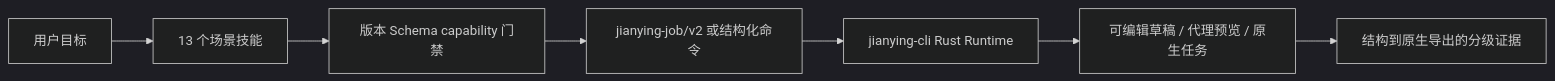
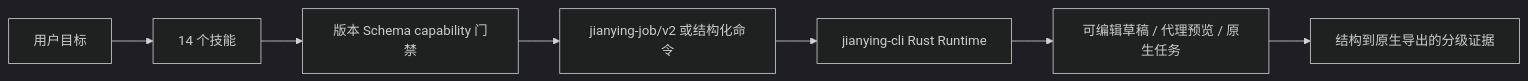
Before and after one commit to full-aigc-skills/jianying-skills: the diagram in README.zh-CN.md, drawn with Mermaid (dark theme). The commit also changed other lines of this file and 134 other files, not shown here.

````diff
--- a/README.zh-CN.md
+++ b/README.zh-CN.md
@@ -12,9 +15,9 @@
 ```mermaid
 flowchart LR
-    U[用户目标] --> S[13 个场景技能]
+    U[用户目标] --> S[14 个技能]
     S --> G[版本 Schema capability 门禁]
     G --> J[jianying-job/v2 或结构化命令]
     J --> R[jianying-cli Rust Runtime]
     R --> D[可编辑草稿 / 代理预览 / 原生任务]
     D --> E[结构到原生导出的分级证据]
 ```
````
